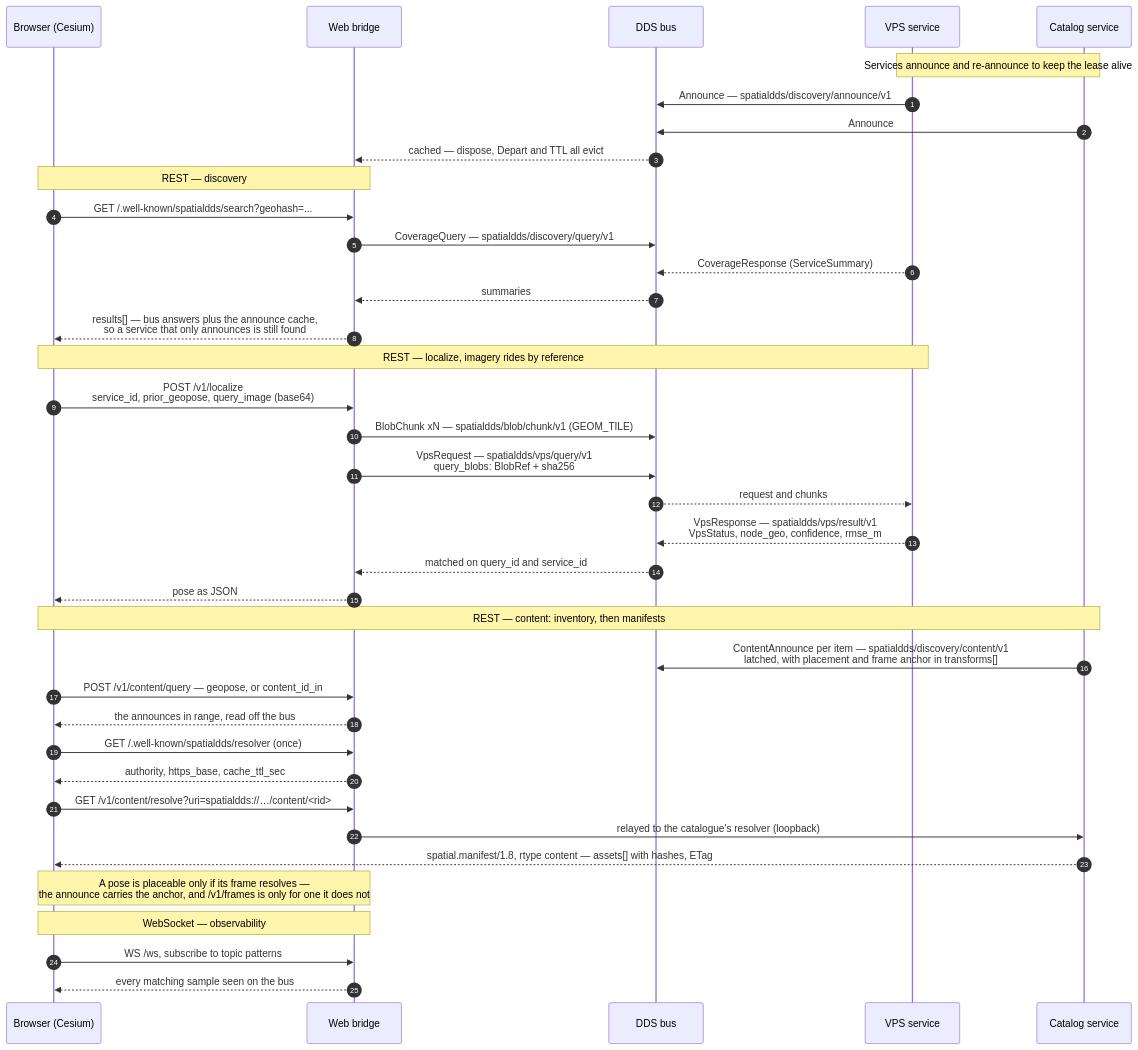
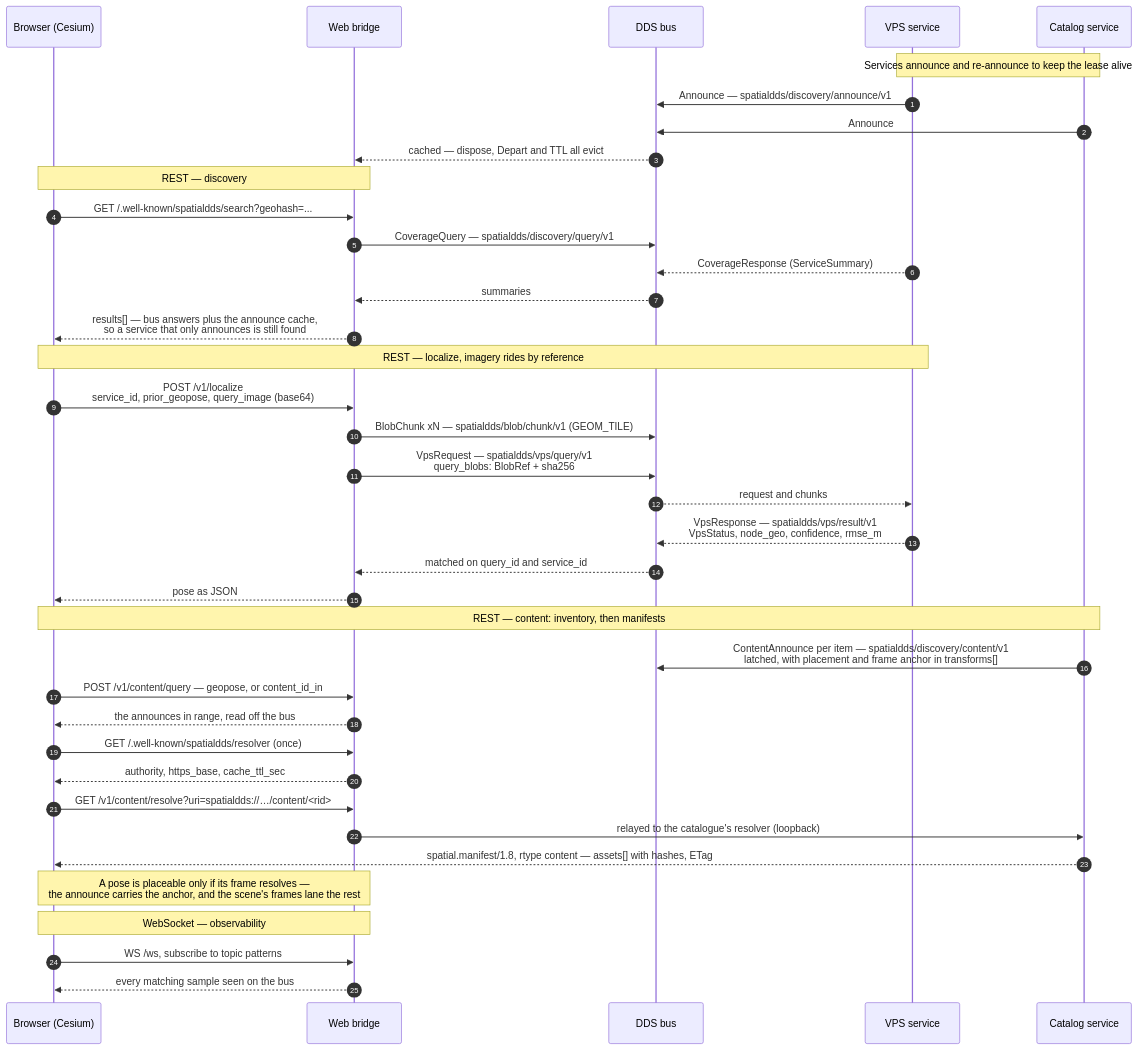
One commit to OpenArCloud/SpatialDDS-demo changed the first of 2 diagrams in ar_demo/README.md. Above: the diagram before and after it, drawn with Mermaid. The commit also changed other lines of this file and 13 other files, not shown here.

First line of the commit message:
/v1/frames retires, after its two replacements were shown to serve what it served

````diff
--- a/ar_demo/README.md
+++ b/ar_demo/README.md
@@ -23,45 +23,45 @@
 ```mermaid
 sequenceDiagram
     autonumber
     participant UI as Browser (Cesium)
     participant Bridge as Web bridge
     participant Bus as DDS bus
     participant VPS as VPS service
     participant Cat as Catalog service
 
     Note over VPS,Cat: Services announce and re-announce to keep the lease alive
     VPS->>Bus: Announce — spatialdds/discovery/announce/v1
     Cat->>Bus: Announce
     Bus-->>Bridge: cached — dispose, Depart and TTL all evict
 
     Note over UI,Bridge: REST — discovery
     UI->>Bridge: GET /.well-known/spatialdds/search?geohash=...
     Bridge->>Bus: CoverageQuery — spatialdds/discovery/query/v1
     VPS-->>Bus: CoverageResponse (ServiceSummary)
     Bus-->>Bridge: summaries
     Bridge-->>UI: results[] — bus answers plus the announce cache,<br/>so a service that only announces is still found
 
     Note over UI,VPS: REST — localize, imagery rides by reference
     UI->>Bridge: POST /v1/localize<br/>service_id, prior_geopose, query_image (base64)
     Bridge->>Bus: BlobChunk xN — spatialdds/blob/chunk/v1 (GEOM_TILE)
     Bridge->>Bus: VpsRequest — spatialdds/vps/query/v1<br/>query_blobs: BlobRef + sha256
     Bus-->>VPS: request and chunks
     VPS-->>Bus: VpsResponse — spatialdds/vps/result/v1<br/>VpsStatus, node_geo, confidence, rmse_m
     Bus-->>Bridge: matched on query_id and service_id
     Bridge-->>UI: pose as JSON
 
     Note over UI,Cat: REST — content: inventory, then manifests
     Cat->>Bus: ContentAnnounce per item — spatialdds/discovery/content/v1<br/>latched, with placement and frame anchor in transforms[]
     UI->>Bridge: POST /v1/content/query — geopose, or content_id_in
     Bridge-->>UI: the announces in range, read off the bus
     UI->>Bridge: GET /.well-known/spatialdds/resolver (once)
     Bridge-->>UI: authority, https_base, cache_ttl_sec
     UI->>Bridge: GET /v1/content/resolve?uri=spatialdds://…/content/<rid>
     Bridge->>Cat: relayed to the catalogue's resolver (loopback)
     Cat-->>UI: spatial.manifest/1.8, rtype content — assets[] with hashes, ETag
-    Note over UI,Bridge: A pose is placeable only if its frame resolves —<br/>the announce carries the anchor, and /v1/frames is only for one it does not
+    Note over UI,Bridge: A pose is placeable only if its frame resolves —<br/>the announce carries the anchor, and the scene's frames lane the rest
 
     Note over UI,Bridge: WebSocket — observability
     UI->>Bridge: WS /ws, subscribe to topic patterns
     Bridge-->>UI: every matching sample seen on the bus
 ```
````
